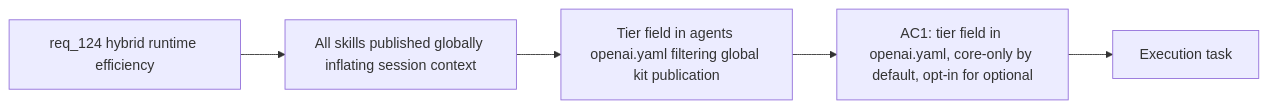
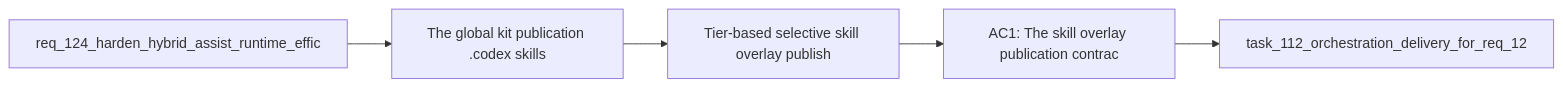
One commit to AlexAgo83/logics-manager changed the diagram in logics/backlog/item_223_tier_based_selective_skill_overlay_publishing_for_global_kit.md. Above: the diagram before and after it, drawn with Mermaid. The commit also changed other lines of this file and 481 other files, not shown here.

````diff
--- a/logics/backlog/item_223_tier_based_selective_skill_overlay_publishing_for_global_kit.md
+++ b/logics/backlog/item_223_tier_based_selective_skill_overlay_publishing_for_global_kit.md
@@ -22,9 +22,9 @@
 ```mermaid
 %% logics-kind: backlog
 %% logics-signature: backlog|tier-based-selective-skill-overlay-publi|req-124-harden-hybrid-assist-runtime-eff|the-global-kit-publication-codex-skills|ac1-the-skill-overlay-publication-contra
 flowchart LR
-    Request[req_124 hybrid runtime efficiency] --> Problem[All skills published globally inflating session context]
-    Problem --> Scope[Tier field in agents openai.yaml filtering global kit publication]
-    Scope --> AC1[AC1: tier field in openai.yaml, core-only by default, opt-in for optional]
-    AC1 --> Tasks[Execution task]
+    Request[req_124_harden_hybrid_assist_runtime_effic] --> Problem[The global kit publication .codex skills]
+    Problem --> Scope[Tier-based selective skill overlay publish]
+    Scope --> Acceptance[AC1: The skill overlay publication contrac]
+    Acceptance --> Tasks[task_112_orchestration_delivery_for_req_12]
 ```
````
